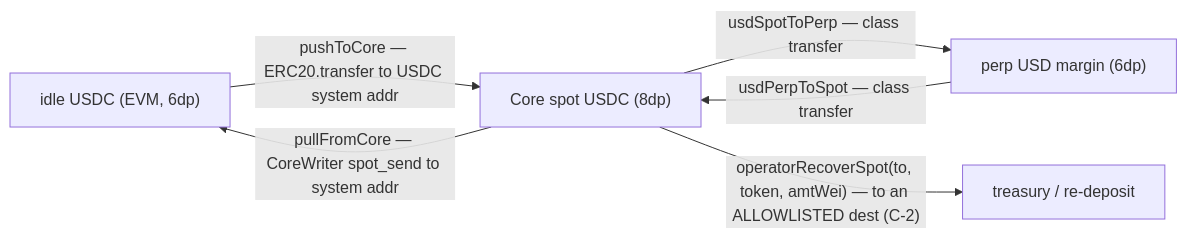
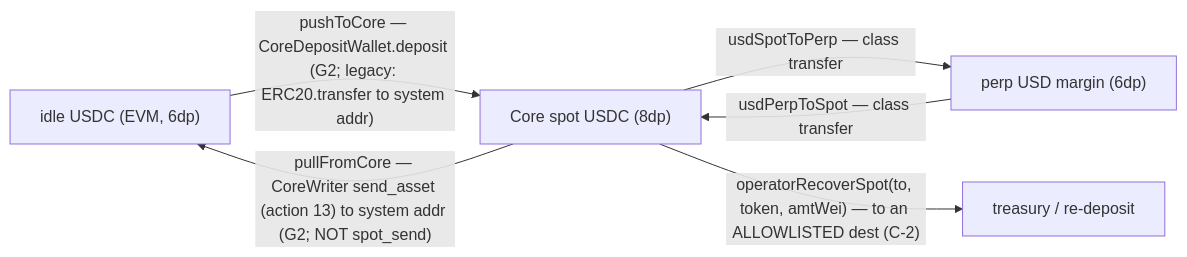
The fifth of 5 diagrams in docs/ARCHITECTURE.md (allora-network/HyperVault), drawn with Mermaid before and after one commit. The commit also changed other lines of this file and 8 other files, not shown here.

````diff
--- a/docs/ARCHITECTURE.md
+++ b/docs/ARCHITECTURE.md
@@ -366,8 +374,8 @@
 ```mermaid
 flowchart LR
-  IDLE["idle USDC (EVM, 6dp)"] -->|"pushToCore — ERC20.transfer to USDC system addr"| SPOT["Core spot USDC (8dp)"]
-  SPOT -->|"pullFromCore — CoreWriter spot_send to system addr"| IDLE
+  IDLE["idle USDC (EVM, 6dp)"] -->|"pushToCore — CoreDepositWallet.deposit (G2; legacy: ERC20.transfer to system addr)"| SPOT["Core spot USDC (8dp)"]
+  SPOT -->|"pullFromCore — CoreWriter send_asset (action 13) to system addr (G2; NOT spot_send)"| IDLE
   SPOT -->|"usdSpotToPerp — class transfer"| PERP["perp USD margin (6dp)"]
   PERP -->|"usdPerpToSpot — class transfer"| SPOT
   SPOT -->|"operatorRecoverSpot(to, token, amtWei) — to an ALLOWLISTED dest (C-2)"| TRE["treasury / re-deposit"]
 ```
````
